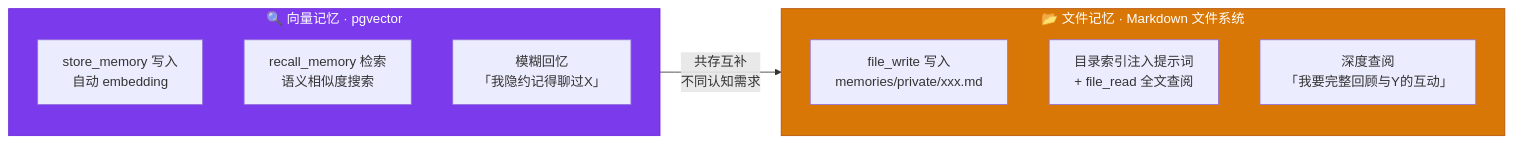
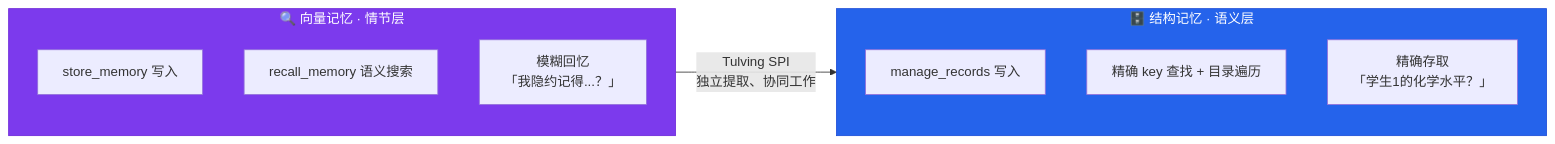
The third of 7 diagrams in docs/项目全景报告.md (ShuAICFR/AIsChat), drawn with Mermaid before and after one commit. The commit also changed other lines of this file and 21 other files, not shown here.

````diff
--- a/docs/项目全景报告.md
+++ b/docs/项目全景报告.md
@@ -100,18 +100,18 @@
 ```mermaid
 flowchart LR
-    subgraph VecMem["🔍 向量记忆 · pgvector"]
-        V1["store_memory 写入<br/>自动 embedding"]
-        V2["recall_memory 检索<br/>语义相似度搜索"]
-        V3["模糊回忆<br/>「我隐约记得聊过X」"]
+    subgraph Vec["🔍 向量记忆 · 情节层"]
+        V1["store_memory 写入"]
+        V2["recall_memory 语义搜索"]
+        V3["模糊回忆<br/>「我隐约记得...？」"]
     end
-    subgraph FileMem["📂 文件记忆 · Markdown 文件系统"]
-        F1["file_write 写入<br/>memories/private/xxx.md"]
-        F2["目录索引注入提示词<br/>+ file_read 全文查阅"]
-        F3["深度查阅<br/>「我要完整回顾与Y的互动」"]
+    subgraph Struc["🗄️ 结构记忆 · 语义层"]
+        S1["manage_records 写入"]
+        S2["精确 key 查找 + 目录遍历"]
+        S3["精确存取<br/>「学生1的化学水平？」"]
     end
 
-    VecMem -->|"共存互补<br/>不同认知需求"| FileMem
+    Vec -->|"Tulving SPI<br/>独立提取、协同工作"| Struc
 
-    style VecMem fill:#7c3aed,stroke:#6d28d9,color:#fff
-    style FileMem fill:#d97706,stroke:#b45309,color:#fff
+    style Vec fill:#7c3aed,stroke:#6d28d9,color:#fff
+    style Struc fill:#2563eb,stroke:#1d4ed8,color:#fff
 ```
````
